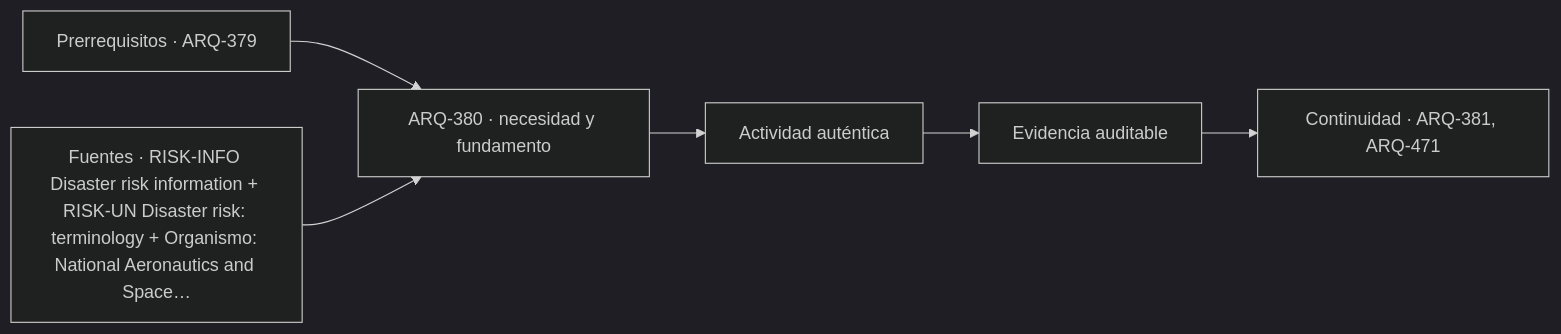
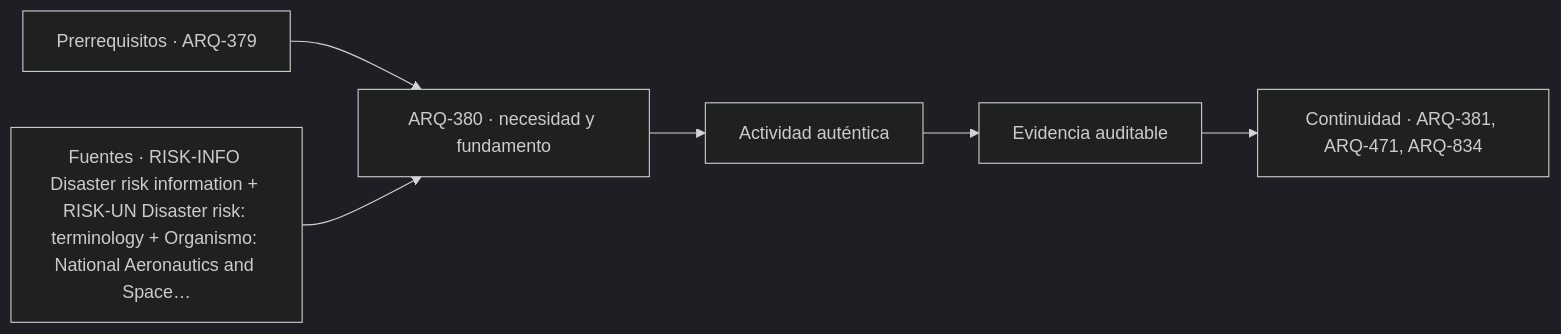
Before and after one commit to vladimiracunadev-create/architecture-built-environment-learning-program: the diagram in classes/parte-38/ARQ-380.md, drawn with Mermaid (dark theme). The commit also changed other lines of this file and 182 other files, not shown here.

````diff
--- a/classes/parte-38/ARQ-380.md
+++ b/classes/parte-38/ARQ-380.md
@@ -113,8 +113,8 @@
 ```mermaid
 flowchart LR
     A["Prerrequisitos · ARQ-379"] --> B["ARQ-380 · necesidad y fundamento"]
     S["Fuentes · RISK-INFO Disaster risk information + RISK-UN Disaster risk: terminology + Organismo: National Aeronautics and Space…"] --> B
     B --> C["Actividad auténtica"]
     C --> D["Evidencia auditable"]
-    D --> E["Continuidad · ARQ-381, ARQ-471"]
+    D --> E["Continuidad · ARQ-381, ARQ-471, ARQ-834"]
 ```
````
